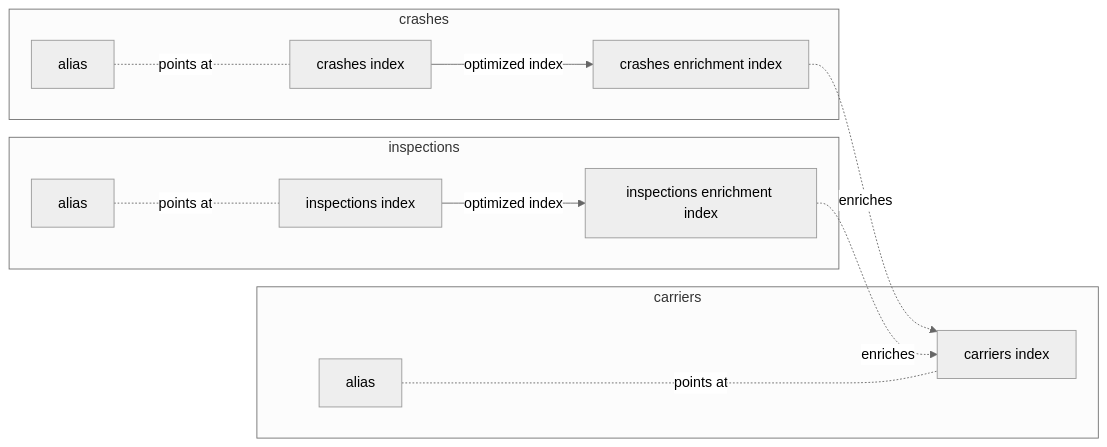
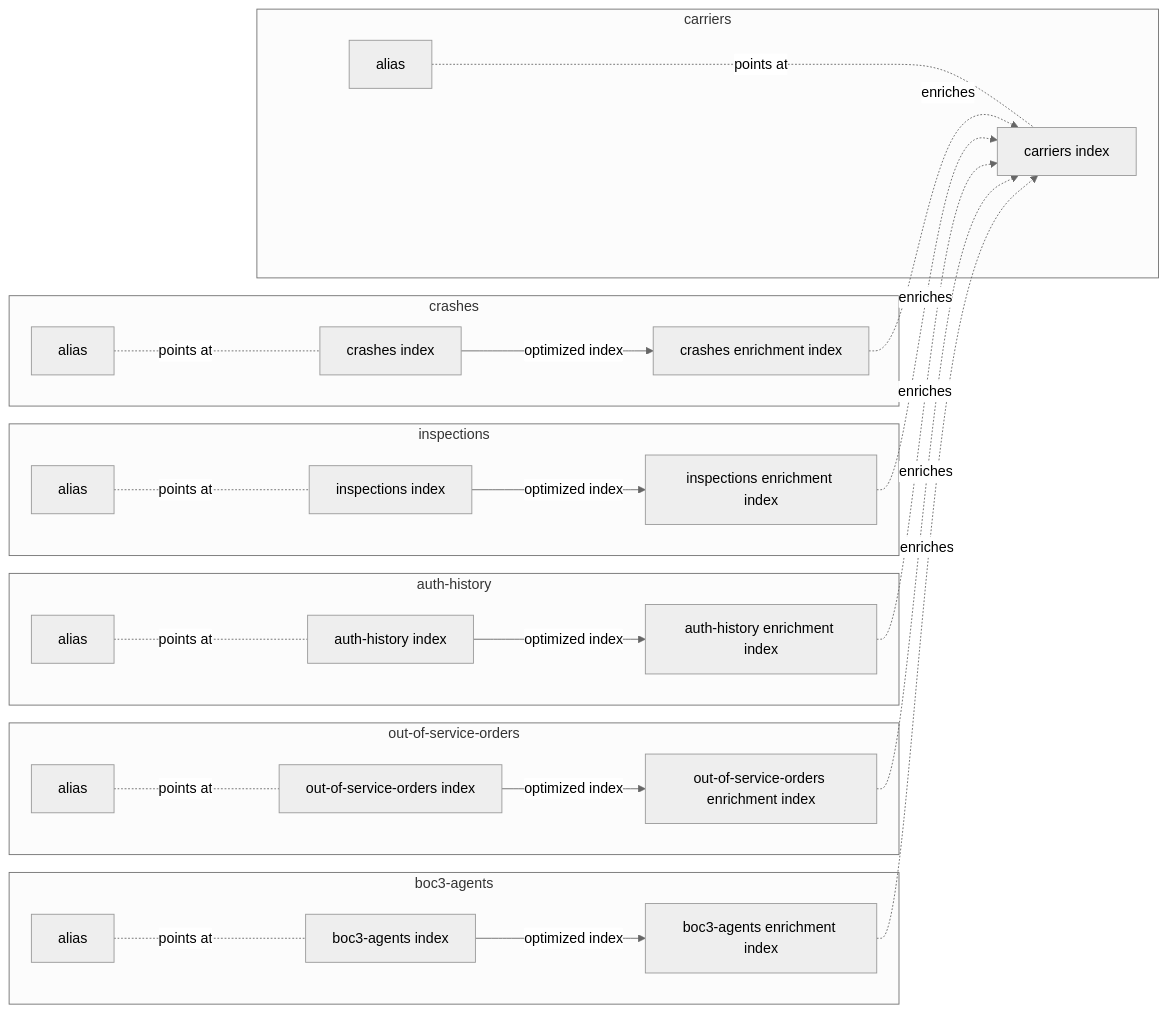
The first of 2 diagrams in DOT-Commercial/README.md (freemansoft/entitopia), drawn with Mermaid (neutral theme) before and after one commit. The commit also changed other lines of this file and 14 other files, not shown here.

````diff
--- a/DOT-Commercial/README.md
+++ b/DOT-Commercial/README.md
@@ -26,16 +47,31 @@
 ```mermaid
 flowchart LR
     subgraph crashes-graph[crashes]
         crashes-alias[alias] -..-|points at| crashes[crashes index]
         crashes --> | optimized index| crashes-enrichment[crashes enrichment index]
     end
     subgraph inspections-graph[inspections]
         inpsections-alias[alias] -..-|points at| inspections[inspections index]
         inspections --> |optimized index| inspections-enrichment[inspections enrichment index]
     end
+    subgraph auth-history-graph[auth-history]
+        auth-history-alias[alias] -..-|points at| auth-history[auth-history index]
+        auth-history --> | optimized index| auth-history-enrichment[auth-history enrichment index]
+    end
+    subgraph oos-graph[out-of-service-orders]
+        oos-alias[alias] -..-|points at| oos[out-of-service-orders index]
+        oos --> | optimized index| oos-enrichment[out-of-service-orders enrichment index]
+    end
+    subgraph boc3-graph[boc3-agents]
+        boc3-alias[alias] -..-|points at| boc3[boc3-agents index]
+        boc3 --> | optimized index| boc3-enrichment[boc3-agents enrichment index]
+    end
     subgraph carriers-graph[carriers]
         crashes-enrichment -.->|enriches| carriers-core
         inspections-enrichment -.->|enriches| carriers-core
+        auth-history-enrichment -.->|enriches| carriers-core
+        oos-enrichment -.->|enriches| carriers-core
+        boc3-enrichment -.->|enriches| carriers-core
         carriers-alias[alias] -..- | points at| carriers-core[carriers index]
     end
 ```
````
